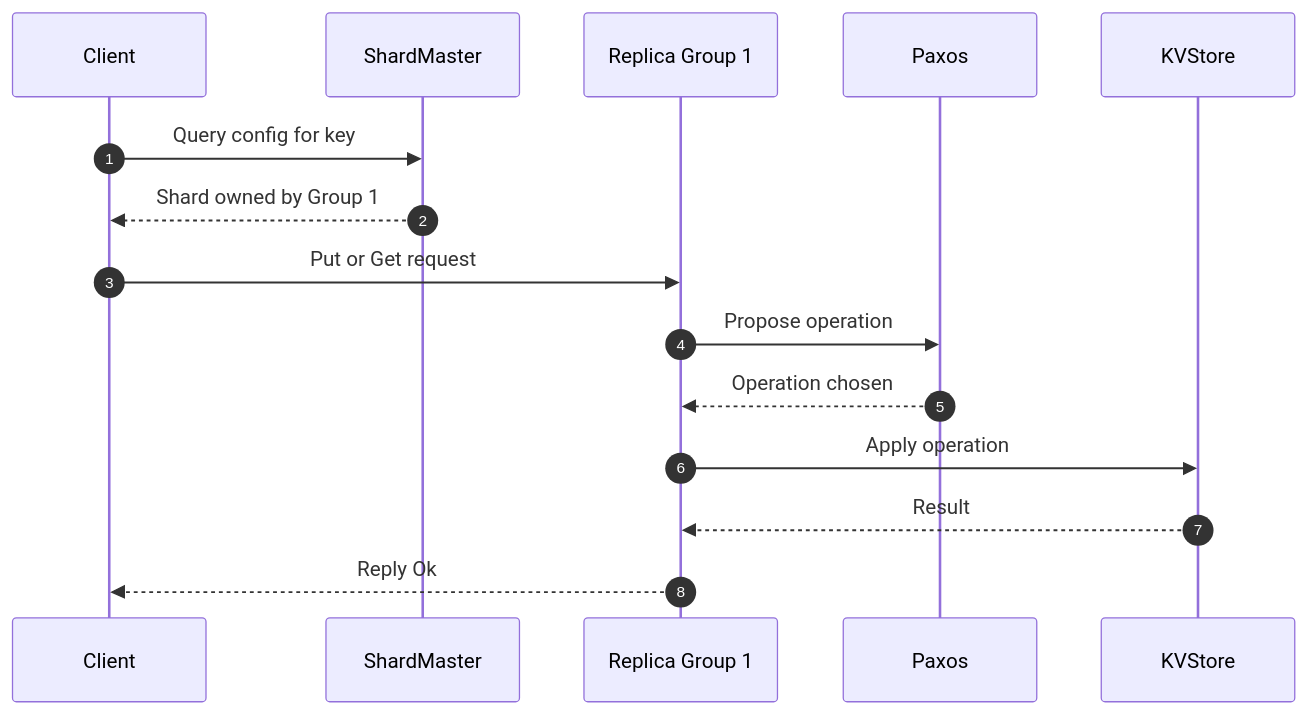
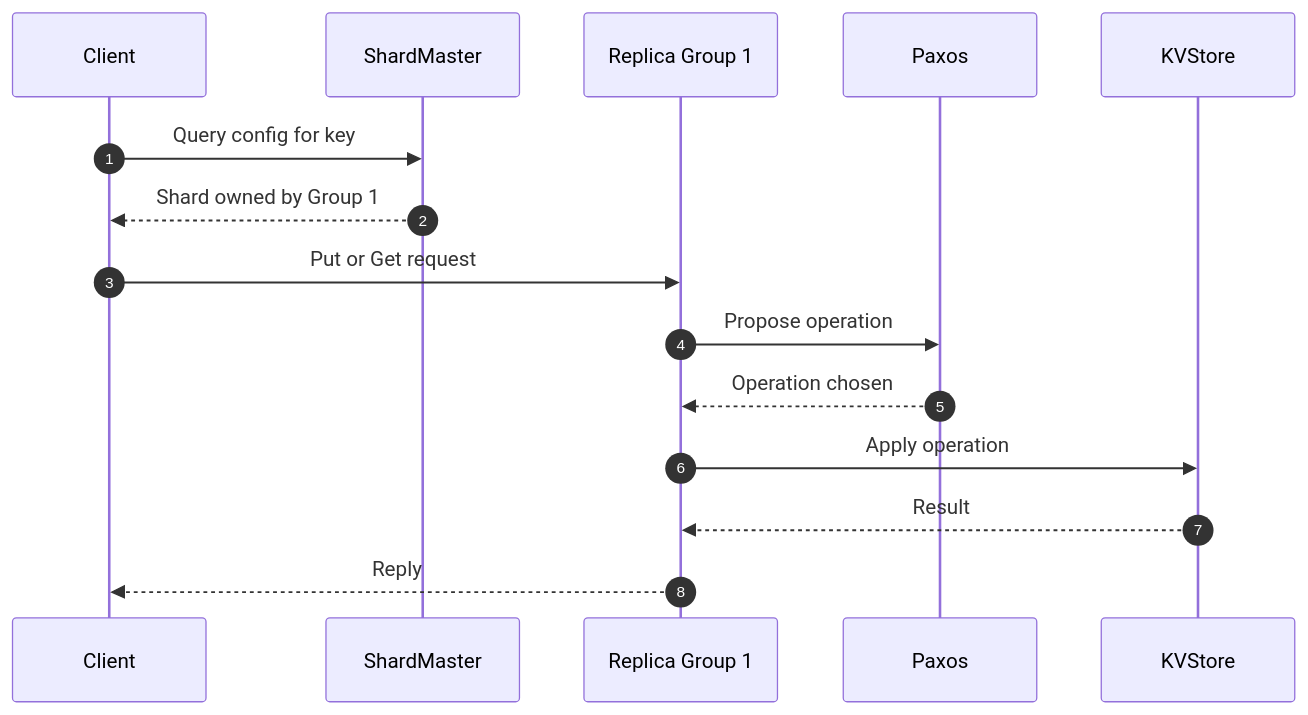
Before and after one commit to Robert-Livengood/sharded-paxos-kvstore: the diagram in Diagrams/SingleKeySequenceDiagram.md, drawn with Mermaid.

Commit message:
Removing 'ok' from reply. The reply will contain 'ok' but it also can contain more info, so this is misleading.

````diff
--- a/Diagrams/SingleKeySequenceDiagram.md
+++ b/Diagrams/SingleKeySequenceDiagram.md
@@ -3,19 +3,19 @@
 ```mermaid
 sequenceDiagram
     participant C as Client
     participant SM as ShardMaster
     participant G1 as Replica Group 1
     participant P as Paxos
     participant KV as KVStore
 
     autonumber
 
     C->>SM: Query config for key
     SM-->>C: Shard owned by Group 1
     C->>G1: Put or Get request
     G1->>P: Propose operation
     P-->>G1: Operation chosen
     G1->>KV: Apply operation
     KV-->>G1: Result
-    G1-->>C: Reply Ok
+    G1-->>C: Reply
 ```
````
